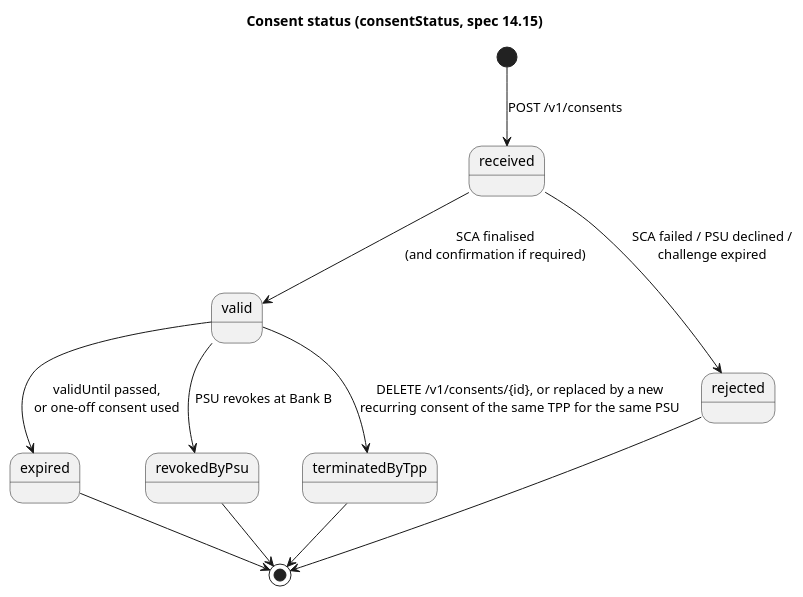
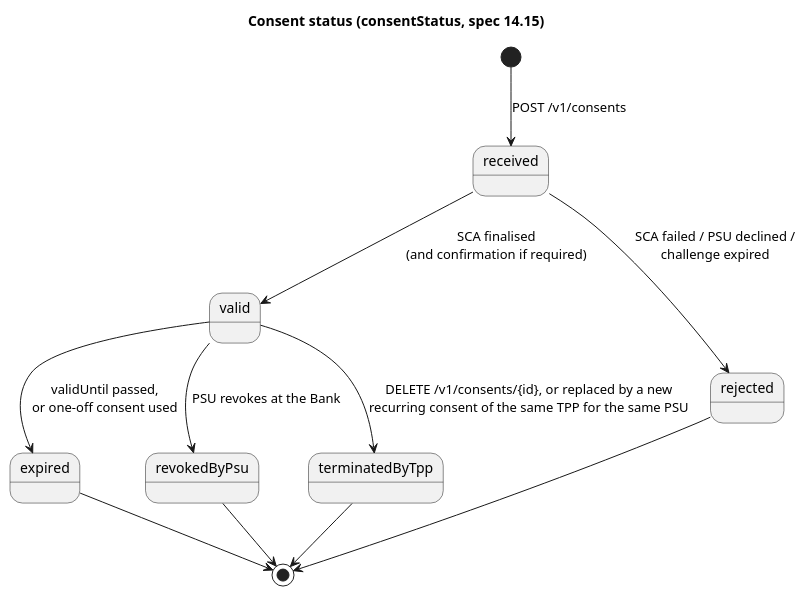
The diagram in docs/design/puml/08-state-consent.puml (vondacho/psd2-sandbox), drawn with PlantUML before and after one commit. The commit also changed 149 other files, not shown here.

```diff
--- a/docs/design/puml/08-state-consent.puml
+++ b/docs/design/puml/08-state-consent.puml
@@ -1,13 +1,13 @@
 @startuml 08-state-consent
 title Consent status (consentStatus, spec 14.15)
 [*] --> received : POST /v1/consents
 received --> valid : SCA finalised\n(and confirmation if required)
 received --> rejected : SCA failed / PSU declined /\nchallenge expired
 valid --> expired : validUntil passed,\nor one-off consent used
-valid --> revokedByPsu : PSU revokes at Bank B
+valid --> revokedByPsu : PSU revokes at the Bank
 valid --> terminatedByTpp : DELETE /v1/consents/{id}, or replaced by a new\nrecurring consent of the same TPP for the same PSU
 rejected --> [*]
 expired --> [*]
 revokedByPsu --> [*]
 terminatedByTpp --> [*]
 @enduml
```
